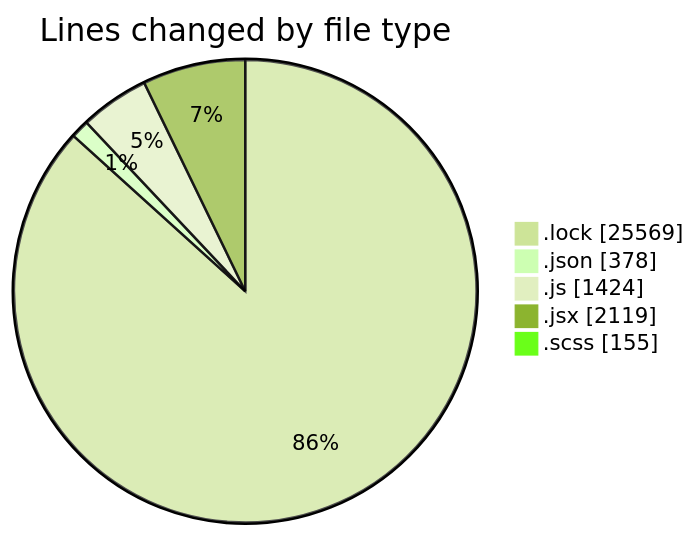
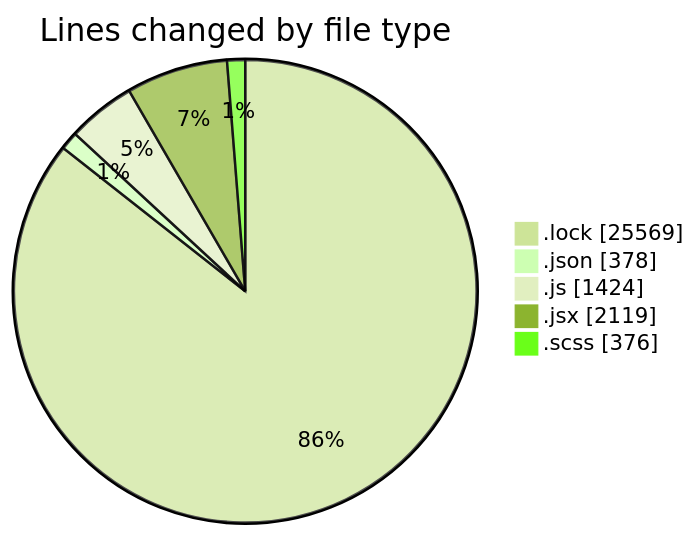
Before and after one commit to momahboobian/code-tracking: the first of 2 diagrams in 2026-01-07/cda/README.md, drawn with Mermaid (forest theme). The commit also changed other lines of this file and 1 other file, not shown here.

````diff
--- a/2026-01-07/cda/README.md
+++ b/2026-01-07/cda/README.md
@@ -49,9 +50,9 @@
 ```mermaid
 pie showData
 title Lines changed by file type
 ".lock" : 25569
 ".json" : 378
 ".js" : 1424
 ".jsx" : 2119
-".scss" : 155
+".scss" : 376
 ```
````
